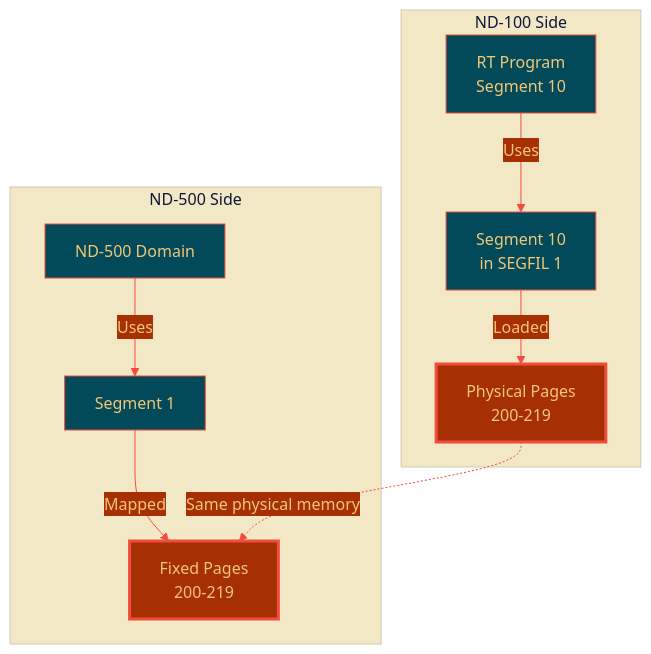
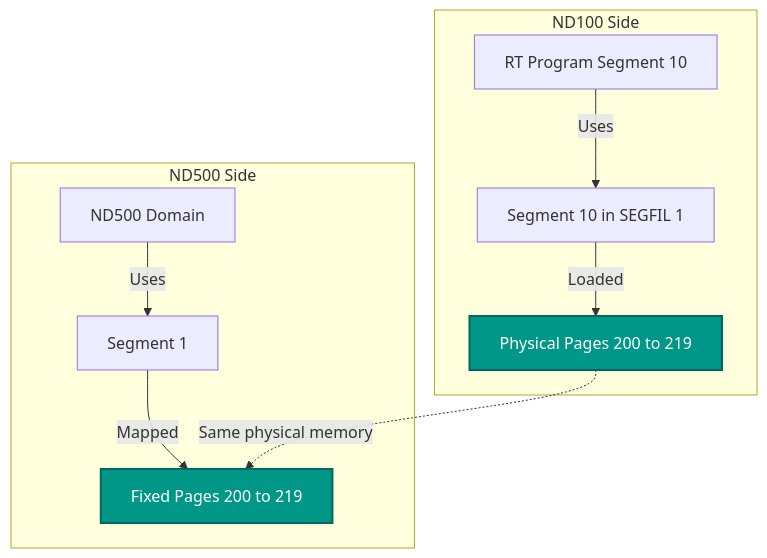
Before and after one commit to HackerCorpLabs/NDInsight: the fourth of 4 diagrams in SINTRAN/OS/11-RT-SEGMENTS-AND-SEGFIL.md, drawn with Mermaid. The commit also changed other lines of this file and 19 other files, not shown here.

Commit message:
Updated Mermaid diagrams

````diff
--- a/SINTRAN/OS/11-RT-SEGMENTS-AND-SEGFIL.md
+++ b/SINTRAN/OS/11-RT-SEGMENTS-AND-SEGFIL.md
@@ -522,24 +517,23 @@
 ```mermaid
-%%{init: {'theme':'base', 'themeVariables': {'primaryColor':'#024959','primaryTextColor':'#F2C777','primaryBorderColor':'#F24C3D','lineColor':'#F24C3D','secondaryColor':'#A62F03','tertiaryColor':'#F2E8C6'}}}%%
 flowchart TB
-    subgraph ND100 ["ND-100 Side"]
-        RTP[RT Program<br/>Segment 10]
-        SEG10[Segment 10<br/>in SEGFIL 1]
-        PHYS[Physical Pages<br/>200-219]
+    subgraph ND100 [ND100 Side]
+        RTP[RT Program Segment 10]
+        SEG10[Segment 10 in SEGFIL 1]
+        PHYS[Physical Pages 200 to 219]
     end
-    
-    subgraph ND500 ["ND-500 Side"]
-        DOMAIN[ND-500 Domain]
+
+    subgraph ND500 [ND500 Side]
+        DOMAIN[ND500 Domain]
         SEG1[Segment 1]
-        FIX[Fixed Pages<br/>200-219]
+        FIX[Fixed Pages 200 to 219]
     end
-    
-    SEG10 --Loaded--> PHYS
-    SEG1 --Mapped--> FIX
-    PHYS -.Same physical memory.-> FIX
-    RTP --Uses--> SEG10
-    DOMAIN --Uses--> SEG1
-    
-    style PHYS fill:#A62F03,stroke:#F24C3D,stroke-width:3px,color:#F2C777
-    style FIX fill:#A62F03,stroke:#F24C3D,stroke-width:3px,color:#F2C777
+
+    SEG10 -->|Loaded| PHYS
+    SEG1 -->|Mapped| FIX
+    PHYS -.->|"Same physical memory"| FIX
+    RTP -->|Uses| SEG10
+    DOMAIN -->|Uses| SEG1
+
+    style PHYS fill:#009688,stroke:#00695C,stroke-width:2px,color:#fff
+    style FIX fill:#009688,stroke:#00695C,stroke-width:2px,color:#fff
 ```
````
